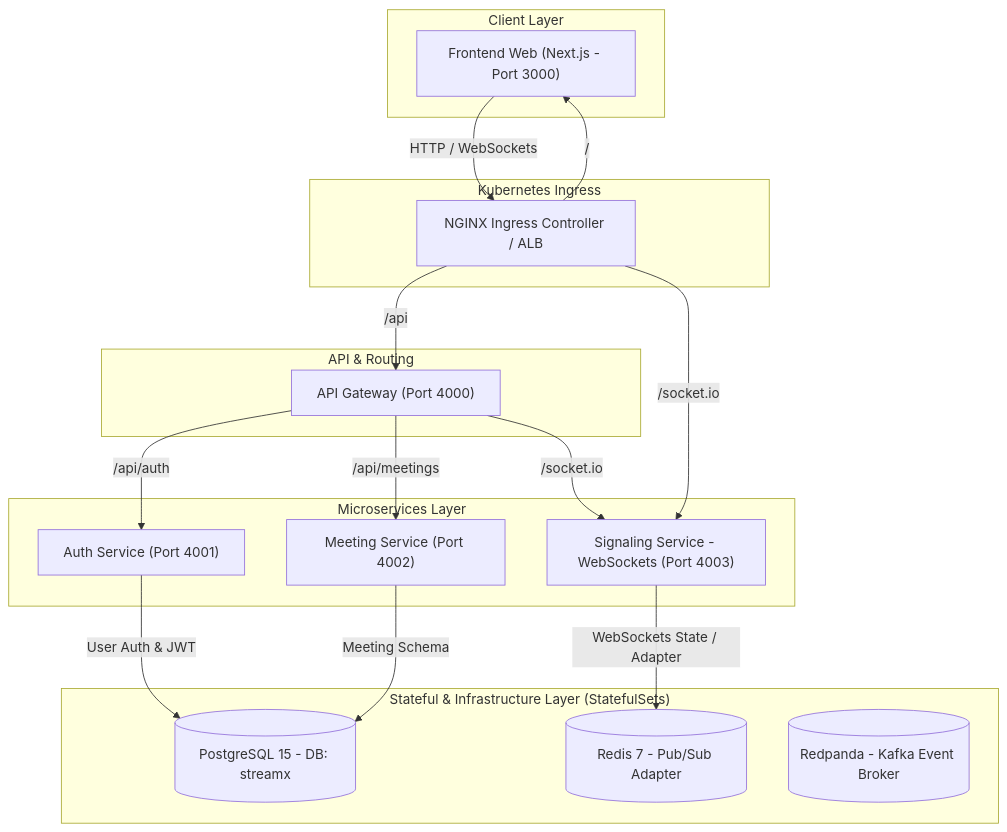
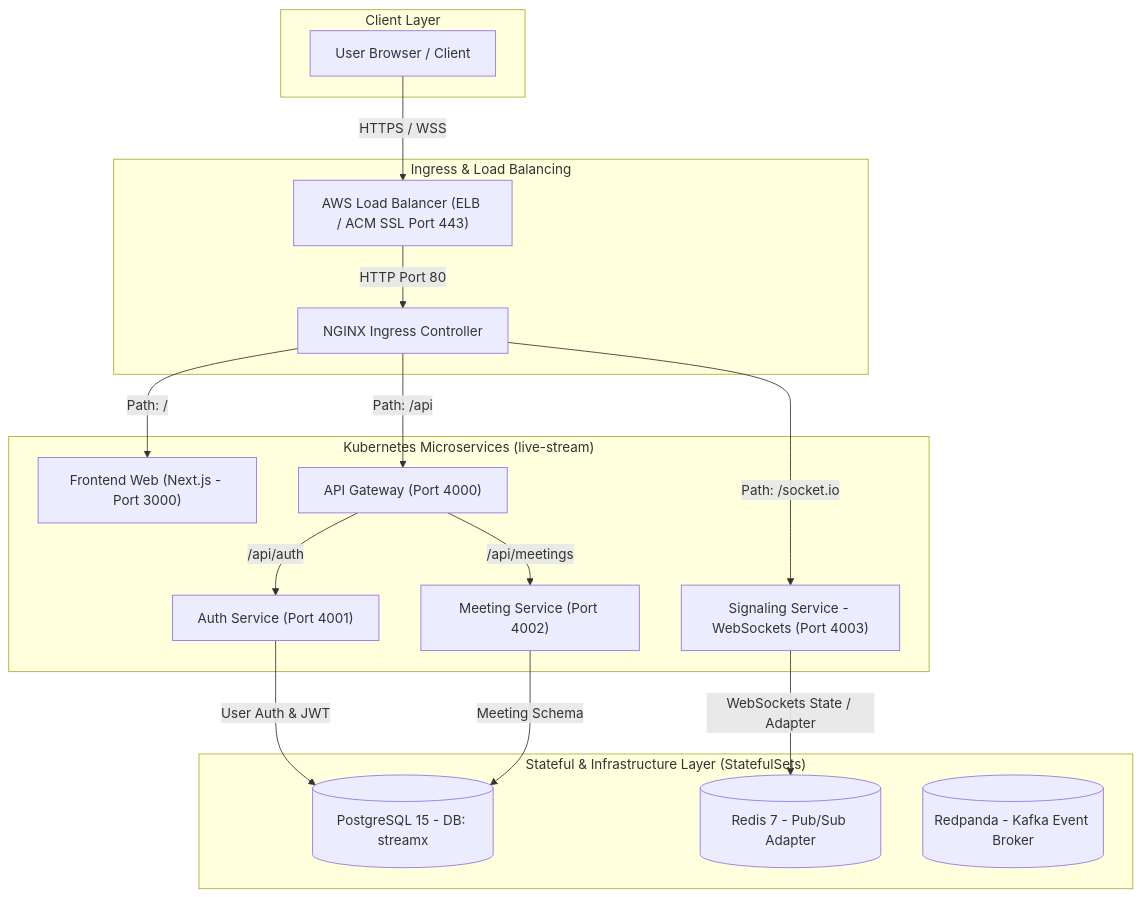
Before and after one commit to AtulRajput01/StreamX: the diagram in README.md, drawn with Mermaid.

Commit message:
Update architecture diagram in README to reflect correct traffic flow: Browser -> ALB -> Ingress -> Frontend/API

````diff
--- a/README.md
+++ b/README.md
@@ -9,42 +9,43 @@
 ```mermaid
 flowchart TD
     subgraph Client ["Client Layer"]
-        Frontend["Frontend Web (Next.js - Port 3000)"]
+        Browser["User Browser / Client"]
     end
 
-    subgraph Ingress ["Kubernetes Ingress"]
-        NginxIngress["NGINX Ingress Controller / ALB"]
+    subgraph IngressLayer ["Ingress & Load Balancing"]
+        ALB["AWS Load Balancer (ELB / ACM SSL Port 443)"]
+        NginxIngress["NGINX Ingress Controller"]
     end
 
-    subgraph Gateway ["API & Routing"]
+    subgraph ClusterServices ["Kubernetes Microservices (live-stream)"]
+        Frontend["Frontend Web (Next.js - Port 3000)"]
         APIGateway["API Gateway (Port 4000)"]
-    end
-
-    subgraph Services ["Microservices Layer"]
+        SignalingService["Signaling Service - WebSockets (Port 4003)"]
         AuthService["Auth Service (Port 4001)"]
         MeetingService["Meeting Service (Port 4002)"]
-        SignalingService["Signaling Service - WebSockets (Port 4003)"]
     end
 
     subgraph Stateful ["Stateful & Infrastructure Layer (StatefulSets)"]
         Postgres[(PostgreSQL 15 - DB: streamx)]
         Redis[(Redis 7 - Pub/Sub Adapter)]
         Redpanda[(Redpanda - Kafka Event Broker)]
     end
 
-    %% Routing Flow
-    Frontend -->|HTTP / WebSockets| NginxIngress
-    NginxIngress -->|/| Frontend
-    NginxIngress -->|/api| APIGateway
-    NginxIngress -->|/socket.io| SignalingService
+    %% External Traffic Entry
+    Browser -->|HTTPS / WSS| ALB
+    ALB -->|HTTP Port 80| NginxIngress
+
+    %% Ingress Path Routing Rules
+    NginxIngress -->|Path: /| Frontend
+    NginxIngress -->|Path: /api| APIGateway
+    NginxIngress -->|Path: /socket.io| SignalingService
 
     %% API Gateway Proxies
     APIGateway -->|/api/auth| AuthService
     APIGateway -->|/api/meetings| MeetingService
-    APIGateway -->|/socket.io| SignalingService
 
-    %% Service Connections
+    %% Service Connections to Stateful Layer
     AuthService -->|User Auth & JWT| Postgres
     MeetingService -->|Meeting Schema| Postgres
     SignalingService -->|WebSockets State / Adapter| Redis
 ```
````
